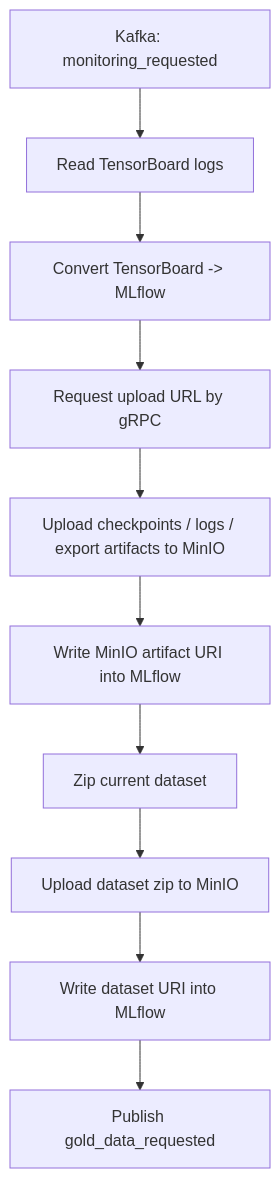
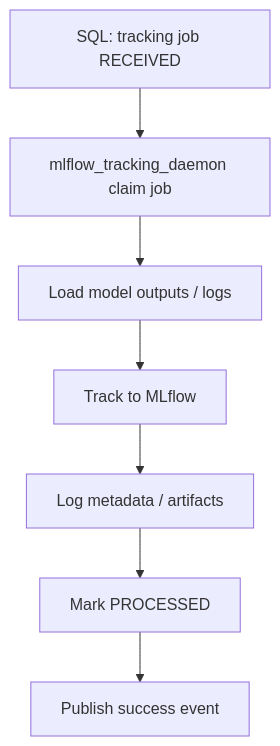
Before and after one commit to khanhminhtk/overwatch-edge-ai: the ninth of 13 diagrams in services/model-lifecycle-service/model-lifecycle-orchestrator-flow.md, drawn with Mermaid. The commit also changed other lines of this file and 44 other files, not shown here.

````diff
--- a/services/model-lifecycle-service/model-lifecycle-orchestrator-flow.md
+++ b/services/model-lifecycle-service/model-lifecycle-orchestrator-flow.md
@@ -390,12 +683,9 @@
 ```mermaid
 flowchart TD
-    M1["Kafka: monitoring_requested"] --> M2["Read TensorBoard logs"]
-    M2 --> M3["Convert TensorBoard -> MLflow"]
-    M3 --> M4["Request upload URL by gRPC"]
-    M4 --> M5["Upload checkpoints / logs / export artifacts to MinIO"]
-    M5 --> M6["Write MinIO artifact URI into MLflow"]
-    M6 --> M7["Zip current dataset"]
-    M7 --> M8["Upload dataset zip to MinIO"]
-    M8 --> M9["Write dataset URI into MLflow"]
-    M9 --> M10["Publish gold_data_requested"]
+    M1["SQL: tracking job RECEIVED"] --> M2["mlflow_tracking_daemon claim job"]
+    M2 --> M3["Load model outputs / logs"]
+    M3 --> M4["Track to MLflow"]
+    M4 --> M5["Log metadata / artifacts"]
+    M5 --> M6["Mark PROCESSED"]
+    M6 --> M7["Publish success event"]
 ```
````
